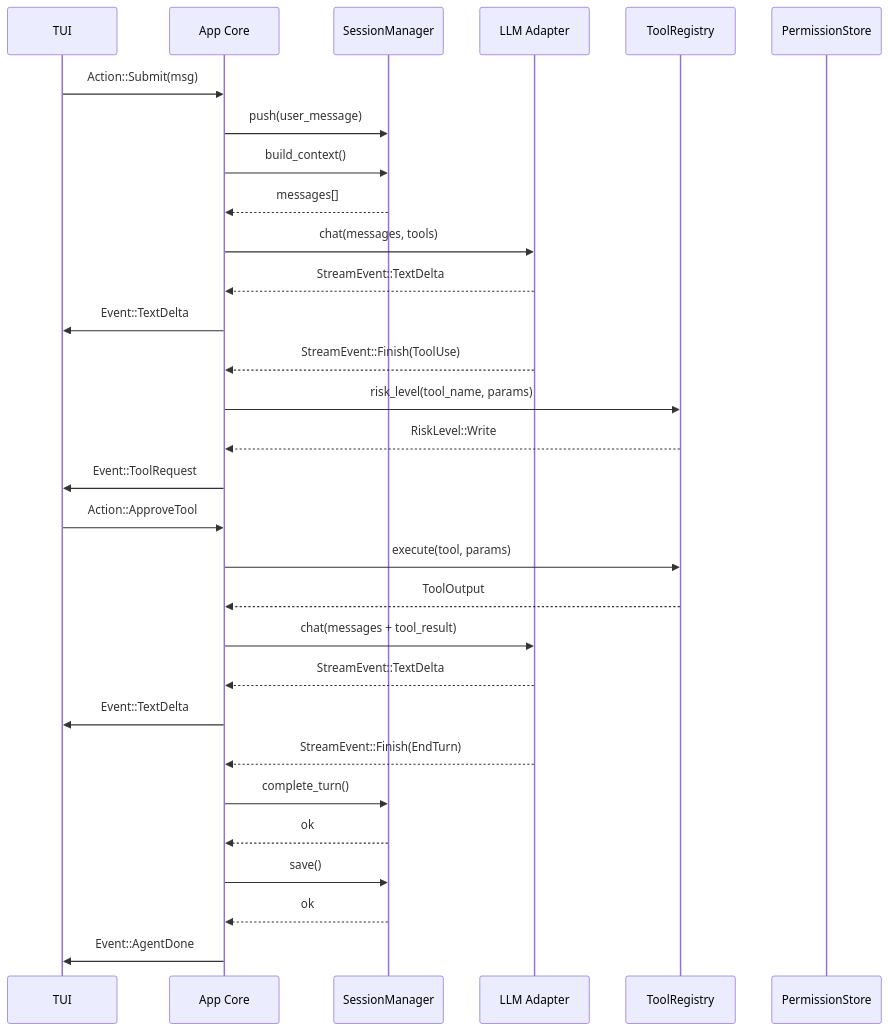
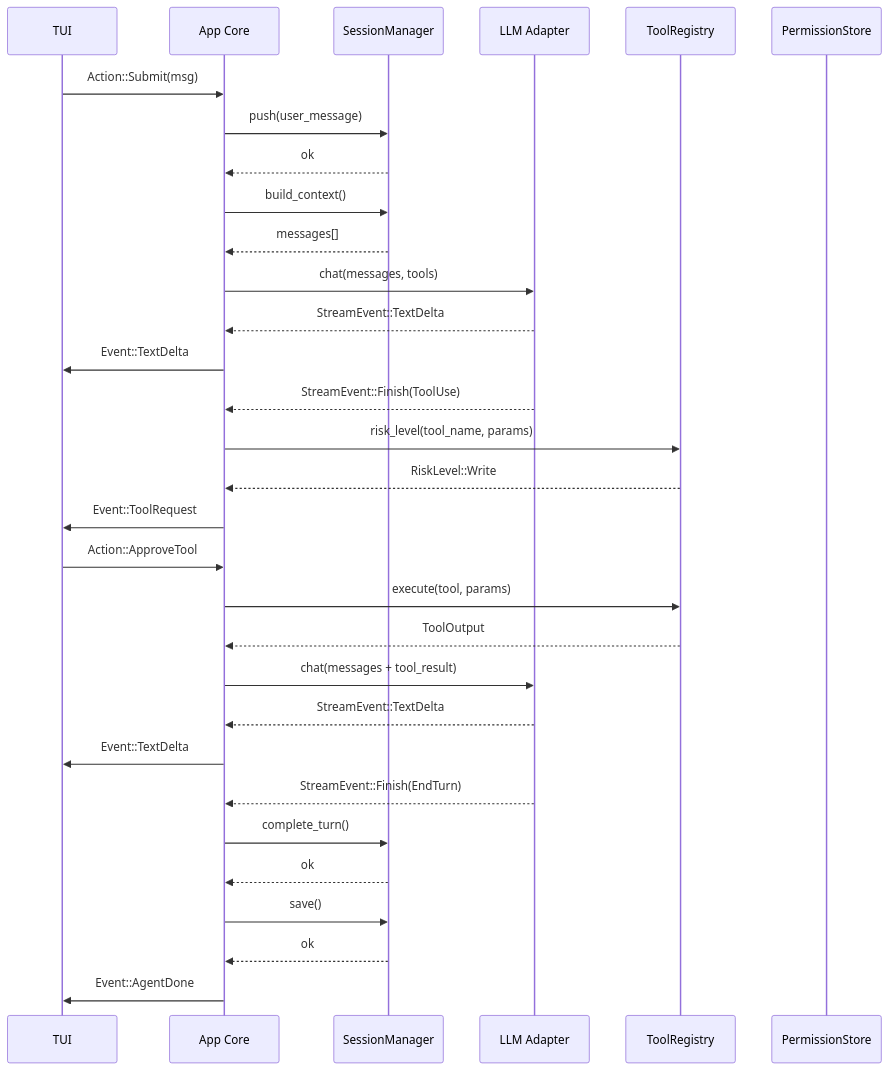
The second of 14 diagrams in docs/superpowers/specs/2026-05-04-emergence-design.md (CheneyYin/emergence), drawn with Mermaid before and after one commit. The commit also changed other lines of this file, not shown here.

````diff
--- a/docs/superpowers/specs/2026-05-04-emergence-design.md
+++ b/docs/superpowers/specs/2026-05-04-emergence-design.md
@@ -72,33 +116,34 @@
 ```mermaid
 sequenceDiagram
     participant TUI
     participant App as App Core
     participant SM as SessionManager
     participant LLM as LLM Adapter
     participant TR as ToolRegistry
     participant PS as PermissionStore
 
     TUI->>App: Action::Submit(msg)
     App->>SM: push(user_message)
+    SM-->>App: ok
     App->>SM: build_context()
     SM-->>App: messages[]
     App->>LLM: chat(messages, tools)
     LLM-->>App: StreamEvent::TextDelta
     App->>TUI: Event::TextDelta
     LLM-->>App: StreamEvent::Finish(ToolUse)
     App->>TR: risk_level(tool_name, params)
     TR-->>App: RiskLevel::Write
     App->>TUI: Event::ToolRequest
     TUI->>App: Action::ApproveTool
     App->>TR: execute(tool, params)
     TR-->>App: ToolOutput
     App->>LLM: chat(messages + tool_result)
     LLM-->>App: StreamEvent::TextDelta
     App->>TUI: Event::TextDelta
     LLM-->>App: StreamEvent::Finish(EndTurn)
     App->>SM: complete_turn()
     SM-->>App: ok
     App->>SM: save()
     SM-->>App: ok
     App->>TUI: Event::AgentDone
 ```
````
